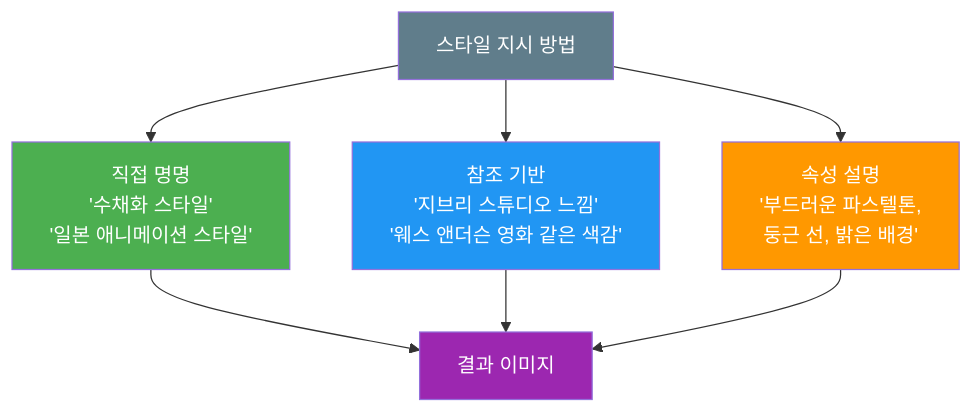
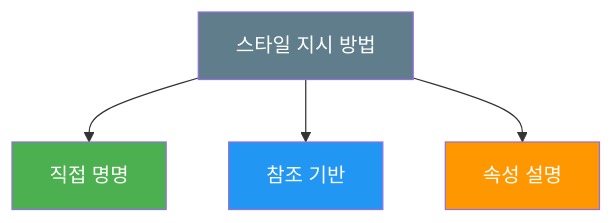
The third of 4 diagrams in 03-ch3-chatgpt-이미지-생성-실전/02-02-대화형-이미지-생성-자연어로-그리기.md (jsonpassion/forge-tutorial-promptcanvas), drawn with Mermaid before and after one commit. The commit also changed other lines of this file and 63 other files, not shown here.

````diff
--- a/03-ch3-chatgpt-이미지-생성-실전/02-02-대화형-이미지-생성-자연어로-그리기.md
+++ b/03-ch3-chatgpt-이미지-생성-실전/02-02-대화형-이미지-생성-자연어로-그리기.md
@@ -125,16 +119,11 @@
 ```mermaid
 flowchart TD
-    S["스타일 지시 방법"] --> A["직접 명명<br/>'수채화 스타일'<br/>'일본 애니메이션 스타일'"]
-    S --> B["참조 기반<br/>'지브리 스튜디오 느낌'<br/>'웨스 앤더슨 영화 같은 색감'"]
-    S --> C["속성 설명<br/>'부드러운 파스텔톤,<br/>둥근 선, 밝은 배경'"]
-
-    A --> R["결과 이미지"]
-    B --> R
-    C --> R
+    S["스타일 지시 방법"] --> A["직접 명명"]
+    S --> B["참조 기반"]
+    S --> C["속성 설명"]
 
     style S fill:#607D8B,color:#fff
     style A fill:#4CAF50,color:#fff
     style B fill:#2196F3,color:#fff
     style C fill:#FF9800,color:#fff
-    style R fill:#9C27B0,color:#fff
 ```
````
